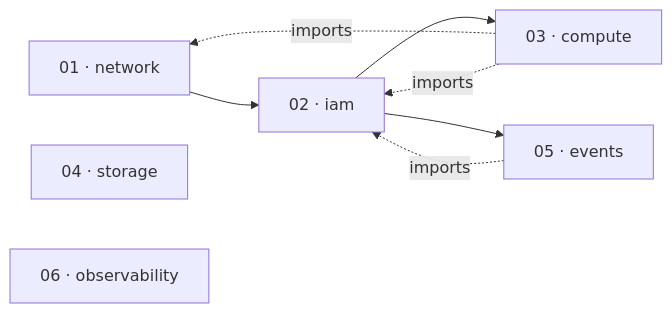
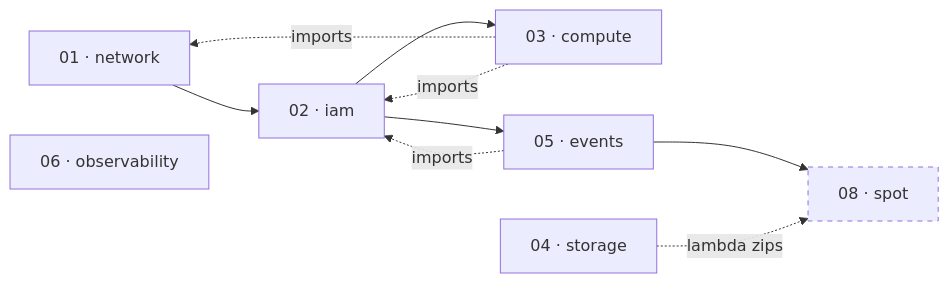
One commit to teddynted/designing-an-ai-agent-platform-on-aws changed the diagram in infra/README.md. Above: the diagram before and after it, drawn with Mermaid. The commit also changed other lines of this file and 4 other files, not shown here.

````diff
--- a/infra/README.md
+++ b/infra/README.md
@@ -56,10 +74,15 @@
 ```mermaid
 flowchart LR
     n["01 · network"] --> i["02 · iam"] --> c["03 · compute"]
     i --> e["05 · events"]
     s["04 · storage"]
     o["06 · observability"]
+    e --> sp["08 · spot"]
+    s -.->|"lambda zips"| sp
     c -.->|imports| n
     c -.->|imports| i
     e -.->|imports| i
+
+    classDef addon stroke-dasharray: 5 5
+    class sp addon
 ```
````
